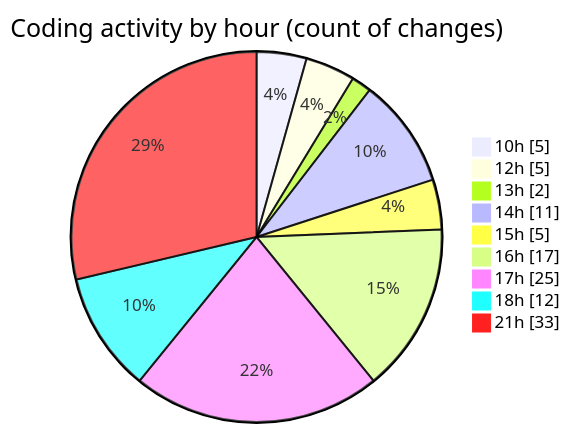
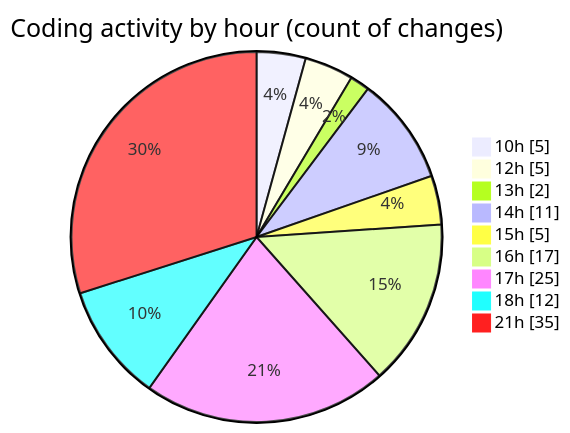
Before and after one commit to Ritupan-Deka/code-tracking: the second of 2 diagrams in 2025-07-07/urlwebwala_intership_work/README.md, drawn with Mermaid. The commit also changed other lines of this file and 1 other file, not shown here.

````diff
--- a/2025-07-07/urlwebwala_intership_work/README.md
+++ b/2025-07-07/urlwebwala_intership_work/README.md
@@ -33,13 +33,13 @@
 ```mermaid
 pie showData
 title Coding activity by hour (count of changes)
 "10h" : 5
 "12h" : 5
 "13h" : 2
 "14h" : 11
 "15h" : 5
 "16h" : 17
 "17h" : 25
 "18h" : 12
-"21h" : 33
+"21h" : 35
 ```
````
